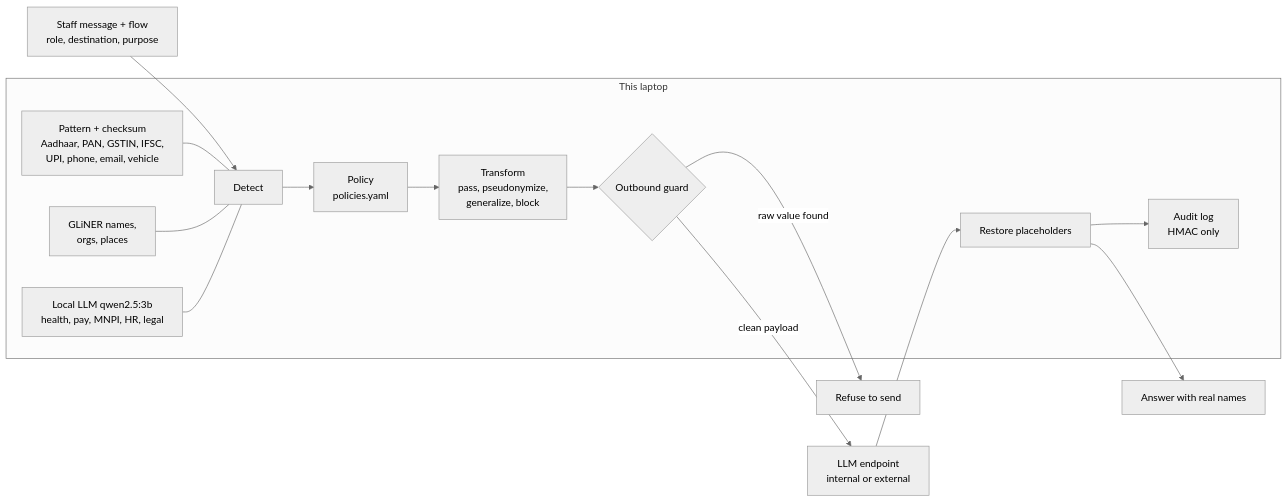
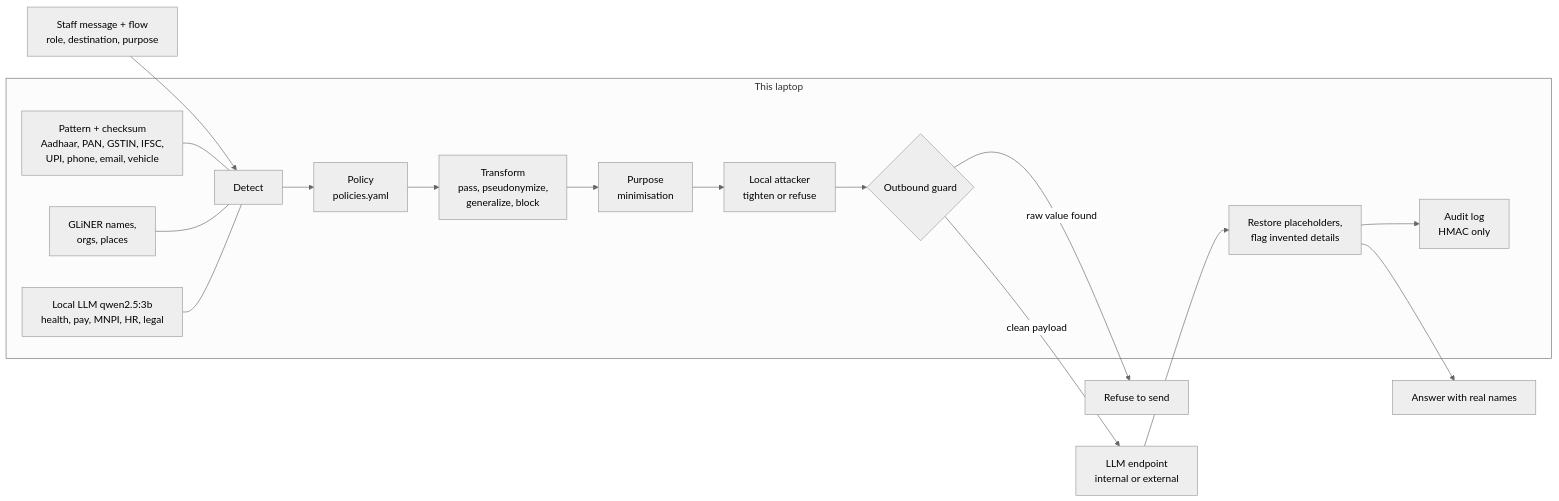
The diagram in README.md (MuazTPM-YT/Chaperone), drawn with Mermaid (neutral theme) before and after one commit. The commit also changed other lines of this file and 2 other files, not shown here.

````diff
--- a/README.md
+++ b/README.md
@@ -31,14 +37,14 @@
 ```mermaid
 flowchart LR
     U[Staff message + flow<br/>role, destination, purpose] --> D
     subgraph L[This laptop]
-        D[Detect] --> P[Policy<br/>policies.yaml] --> T[Transform<br/>pass, pseudonymize,<br/>generalize, block] --> G{Outbound guard}
+        D[Detect] --> P[Policy<br/>policies.yaml] --> T[Transform<br/>pass, pseudonymize,<br/>generalize, block] --> M[Purpose<br/>minimisation] --> K[Local attacker<br/>tighten or refuse] --> G{Outbound guard}
         D1[Pattern + checksum<br/>Aadhaar, PAN, GSTIN, IFSC,<br/>UPI, phone, email, vehicle] --- D
         D2[GLiNER names,<br/>orgs, places] --- D
         D3[Local LLM qwen2.5:3b<br/>health, pay, MNPI, HR, legal] --- D
-        R[Restore placeholders] --> A[Audit log<br/>HMAC only]
+        R[Restore placeholders,<br/>flag invented details] --> A[Audit log<br/>HMAC only]
     end
     G -- clean payload --> X[LLM endpoint<br/>internal or external]
     G -- raw value found --> S[Refuse to send]
     X --> R --> U2[Answer with real names]
 ```
````
